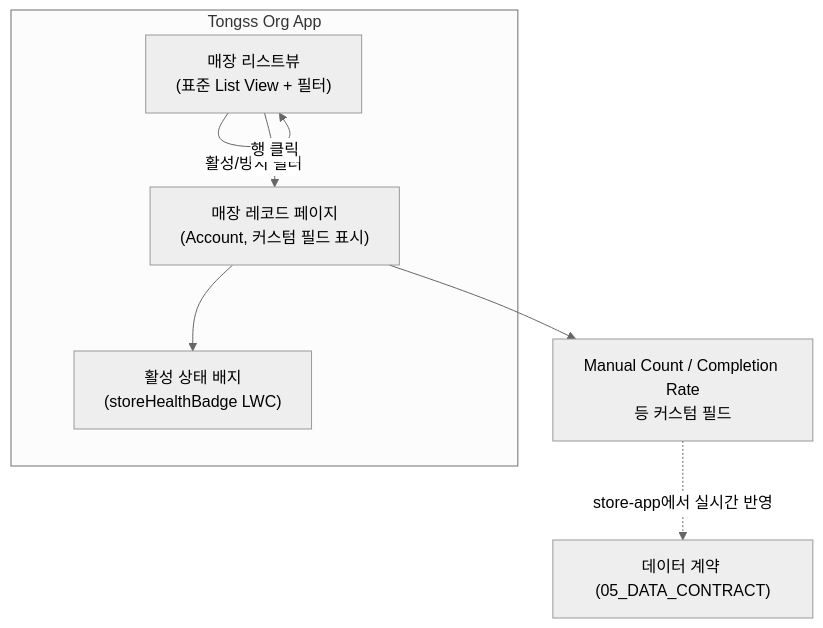
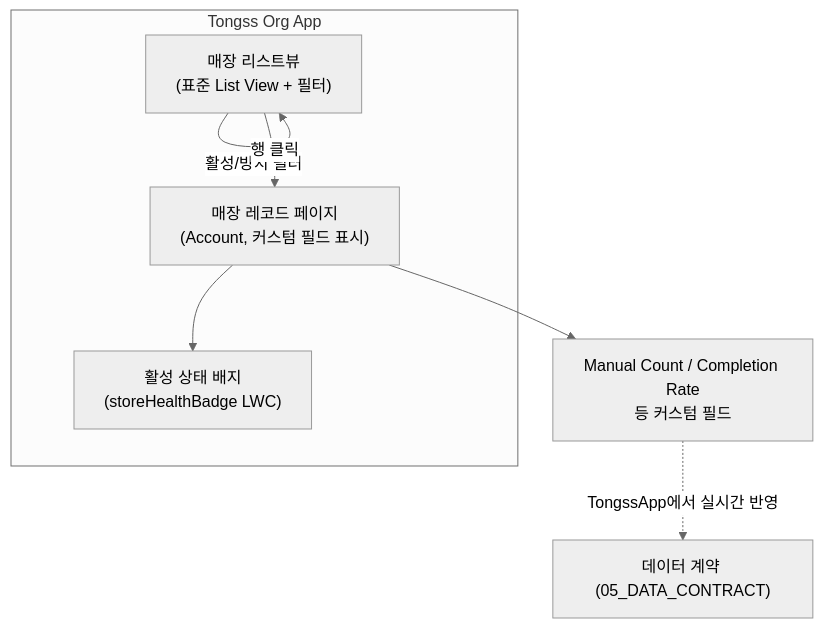
The first of 2 diagrams in TongssOrg/docs/03_USER_FLOW.md (sara6ang/project-starter), drawn with Mermaid (neutral theme) before and after one commit. The commit also changed other lines of this file and 30 other files, not shown here.

````diff
--- a/TongssOrg/docs/03_USER_FLOW.md
+++ b/TongssOrg/docs/03_USER_FLOW.md
@@ -11,14 +11,14 @@
 ```mermaid
 flowchart TD
     subgraph SF["Tongss Org App"]
         StoreList["매장 리스트뷰\n(표준 List View + 필터)"]
         StoreDetail["매장 레코드 페이지\n(Account, 커스텀 필드 표시)"]
         Badge["활성 상태 배지\n(storeHealthBadge LWC)"]
     end
 
     StoreList -->|"활성/방치 필터"| StoreList
     StoreList -->|"행 클릭"| StoreDetail
     StoreDetail --> Badge
     StoreDetail --> Fields["Manual Count / Completion Rate\n등 커스텀 필드"]
-    Fields -.->|"store-app에서 실시간 반영"| Sync["데이터 계약 (05_DATA_CONTRACT)"]
+    Fields -.->|"TongssApp에서 실시간 반영"| Sync["데이터 계약 (05_DATA_CONTRACT)"]
 ```
````
